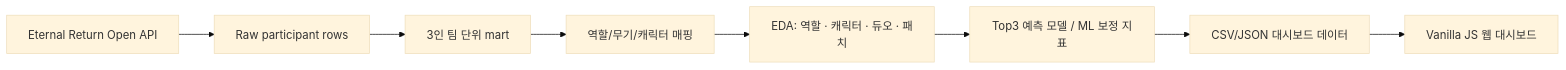
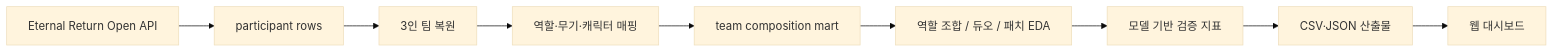
Before and after one commit to Fiamma445/eternal-return-squad-meta-dashboard: the second of 2 diagrams in README.md, drawn with Mermaid (base theme). The commit also changed other lines of this file, not shown here.

````diff
--- a/README.md
+++ b/README.md
@@ -105,10 +53,11 @@
 ```mermaid
 flowchart LR
-    A["Eternal Return Open API"] --> B["Raw participant rows"]
-    B --> C["3인 팀 단위 mart"]
-    C --> D["역할/무기/캐릭터 매핑"]
-    D --> E["EDA: 역할 · 캐릭터 · 듀오 · 패치"]
-    E --> F["Top3 예측 모델 / ML 보정 지표"]
-    F --> G["CSV/JSON 대시보드 데이터"]
-    G --> H["Vanilla JS 웹 대시보드"]
+    A["Eternal Return Open API"] --> B["participant rows"]
+    B --> C["3인 팀 복원"]
+    C --> D["역할·무기·캐릭터 매핑"]
+    D --> E["team composition mart"]
+    E --> F["역할 조합 / 듀오 / 패치 EDA"]
+    F --> G["모델 기반 검증 지표"]
+    G --> H["CSV·JSON 산출물"]
+    H --> I["웹 대시보드"]
 ```
````
